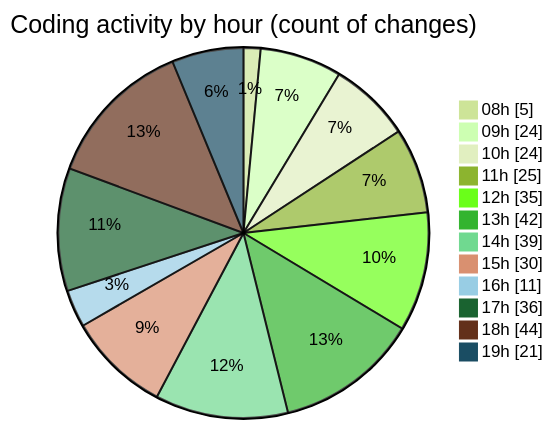
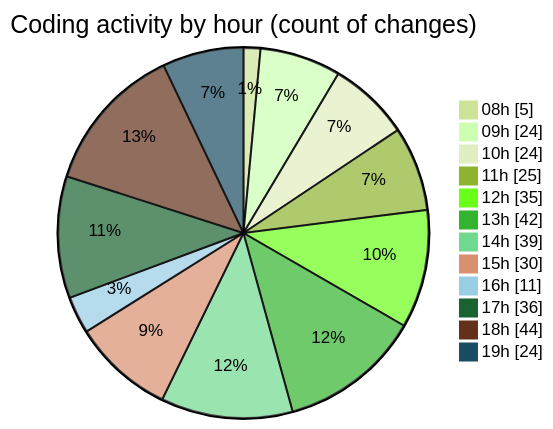
Before and after one commit to momahboobian/code-tracking: the second of 2 diagrams in 2025-11-24/cda/README.md, drawn with Mermaid (forest theme). The commit also changed other lines of this file and 1 other file, not shown here.

````diff
--- a/2025-11-24/cda/README.md
+++ b/2025-11-24/cda/README.md
@@ -49,16 +49,16 @@
 ```mermaid
 pie showData
 title Coding activity by hour (count of changes)
 "08h" : 5
 "09h" : 24
 "10h" : 24
 "11h" : 25
 "12h" : 35
 "13h" : 42
 "14h" : 39
 "15h" : 30
 "16h" : 11
 "17h" : 36
 "18h" : 44
-"19h" : 21
+"19h" : 24
 ```
````
